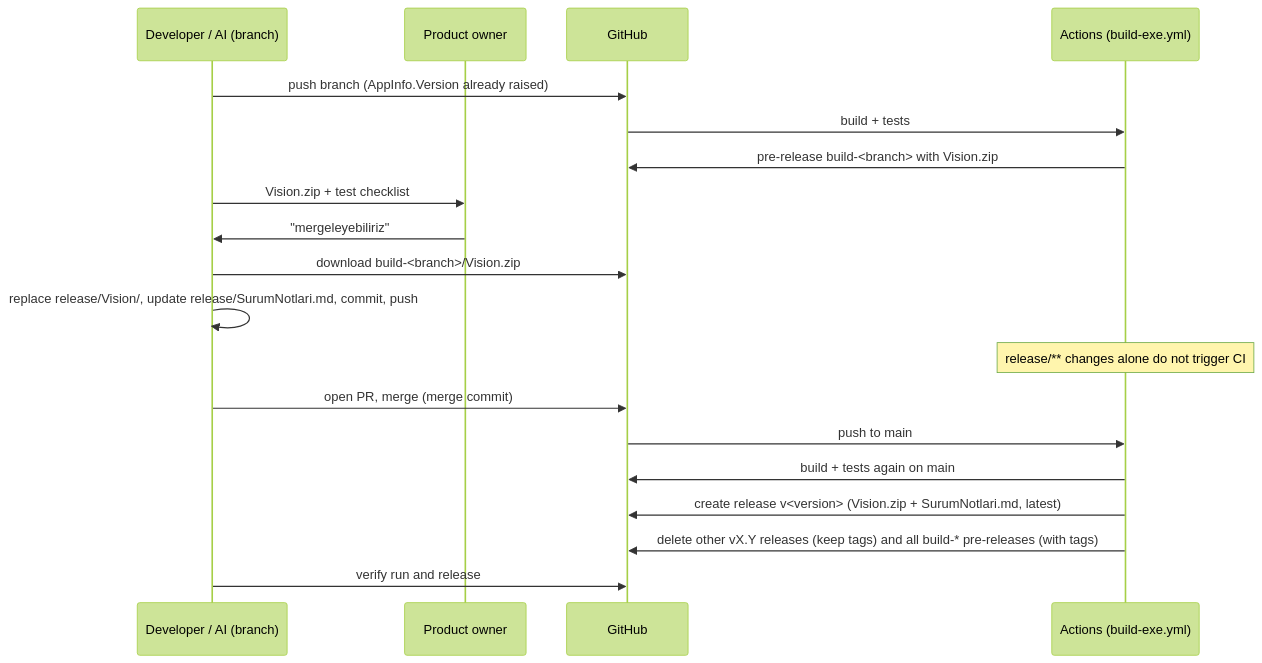
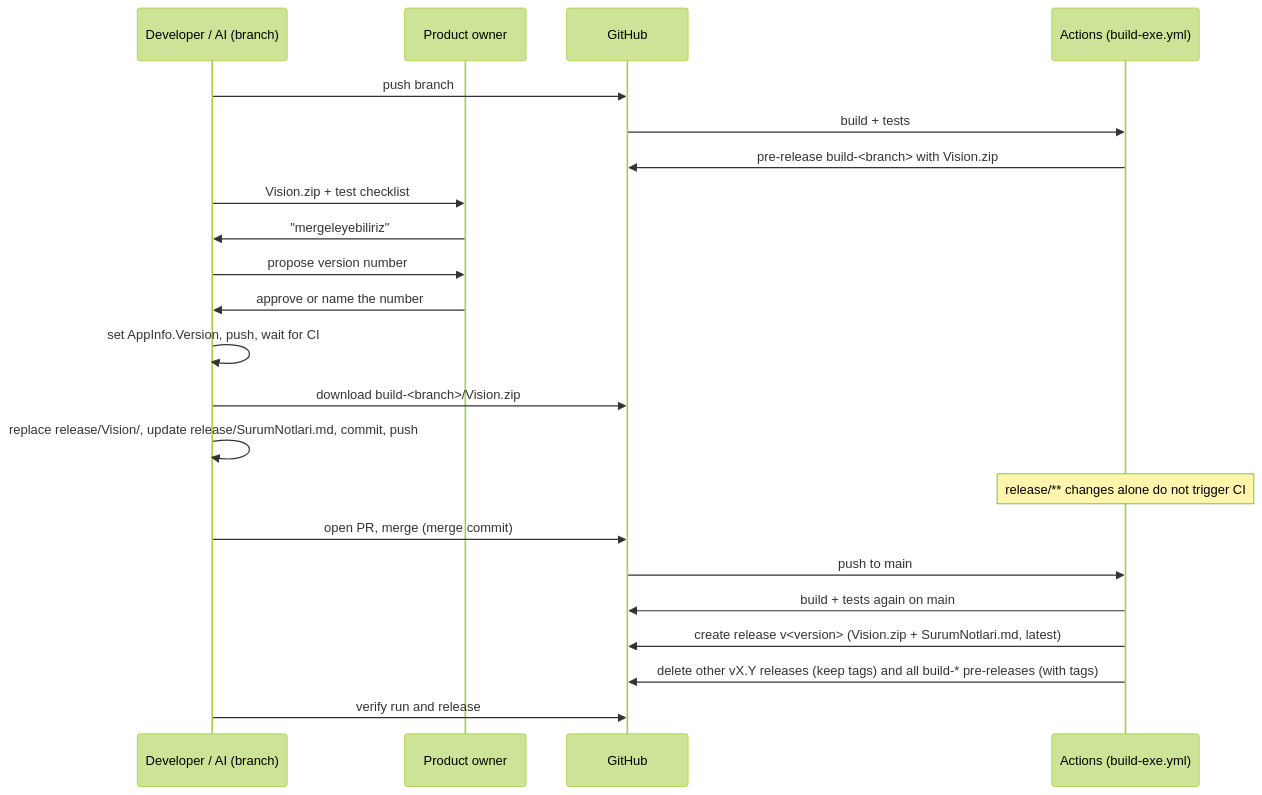
One commit to alibedr/Vision changed the diagram in docs/release-process.md. Above: the diagram before and after it, drawn with Mermaid (forest theme). The commit also changed 9 other files, not shown here.

````diff
--- a/docs/release-process.md
+++ b/docs/release-process.md
@@ -23,21 +23,24 @@
 ```mermaid
 sequenceDiagram
   participant Dev as Developer / AI (branch)
   participant PO as Product owner
   participant GH as GitHub
   participant CI as Actions (build-exe.yml)
-  Dev->>GH: push branch (AppInfo.Version already raised)
+  Dev->>GH: push branch
   GH->>CI: build + tests
   CI->>GH: pre-release build-<branch> with Vision.zip
   Dev->>PO: Vision.zip + test checklist
   PO->>Dev: "mergeleyebiliriz"
+  Dev->>PO: propose version number
+  PO->>Dev: approve or name the number
+  Dev->>Dev: set AppInfo.Version, push, wait for CI
   Dev->>GH: download build-<branch>/Vision.zip
   Dev->>Dev: replace release/Vision/, update release/SurumNotlari.md, commit, push
   Note over CI: release/** changes alone do not trigger CI
   Dev->>GH: open PR, merge (merge commit)
   GH->>CI: push to main
   CI->>GH: build + tests again on main
   CI->>GH: create release v<version> (Vision.zip + SurumNotlari.md, latest)
   CI->>GH: delete other vX.Y releases (keep tags) and all build-* pre-releases (with tags)
   Dev->>GH: verify run and release
 ```
````
